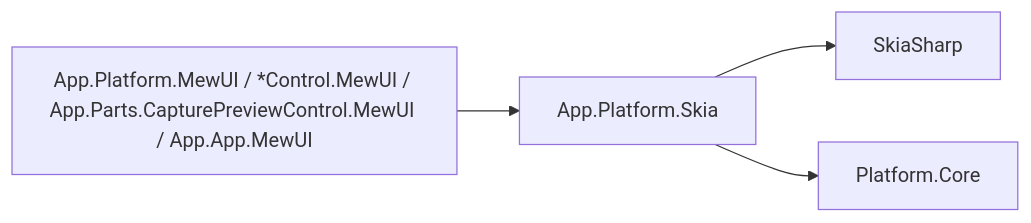
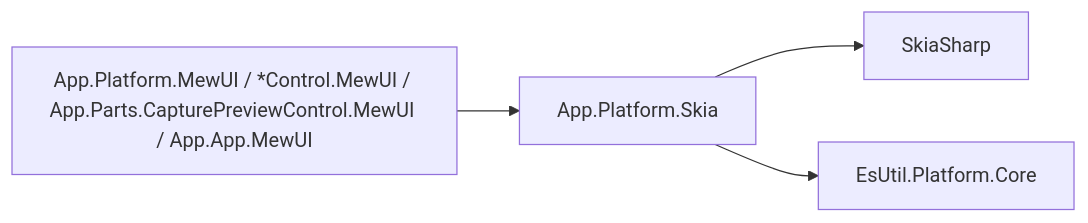
Before and after one commit to tomokuni/SaveEvidence: the first of 4 diagrams in src/App.Platform.Skia/SPEC_System.md, drawn with Mermaid. The commit also changed other lines of this file and 417 other files, not shown here.

First line of the commit message:
Feature と Platform のフォルダを名前空間と同じ EsUtil. 付きへ改名し、ログ接頭辞を EsUtil を除いた語にする

````diff
--- a/src/App.Platform.Skia/SPEC_System.md
+++ b/src/App.Platform.Skia/SPEC_System.md
@@ -28,11 +28,11 @@
 ```mermaid
 graph LR
   MEWUI["App.Platform.MewUI / *Control.MewUI / App.Parts.CapturePreviewControl.MewUI / App.App.MewUI"]
   S[App.Platform.Skia]
   SK[SkiaSharp]
-  PC[Platform.Core]
+  PC[EsUtil.Platform.Core]
 
   MEWUI --> S
   S --> SK
   S --> PC
 ```
````
